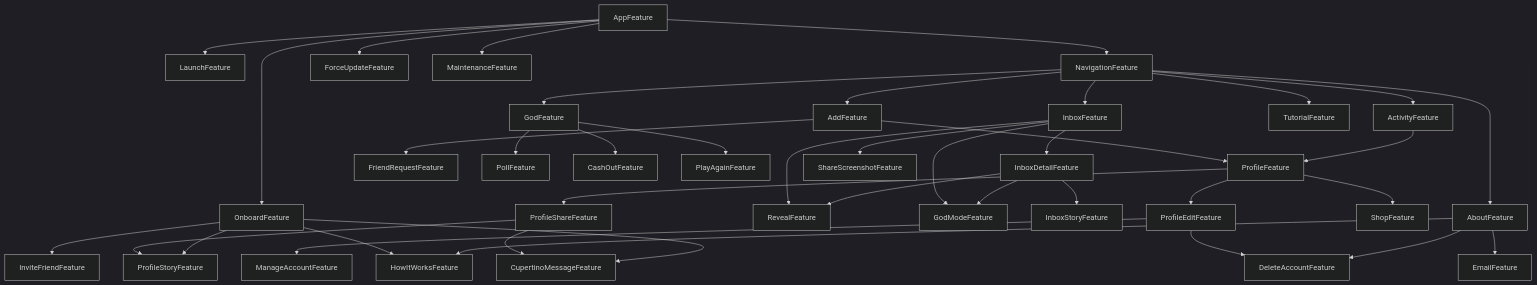
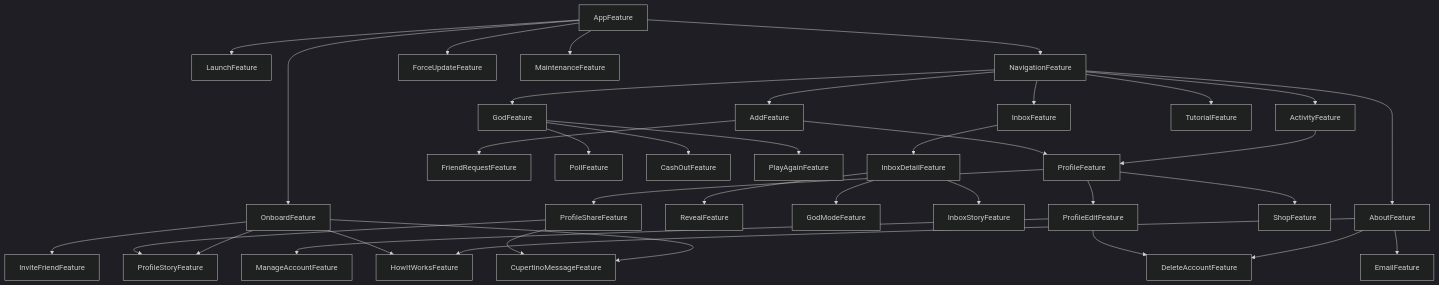
The diagram in Packages/GodPackage/README.md (0x1-company/god-ios), drawn with Mermaid (dark theme) before and after one commit. The commit also changed 1 other file, not shown here.

Commit message:
chore: 🤖 dgraph

````diff
--- a/Packages/GodPackage/README.md
+++ b/Packages/GodPackage/README.md
@@ -6,41 +6,38 @@
 ```mermaid
 graph TD;
     AboutFeature-->EmailFeature;
     AboutFeature-->HowItWorksFeature;
     AboutFeature-->DeleteAccountFeature;
     ActivityFeature-->ProfileFeature;
     AddFeature-->ProfileFeature;
     AddFeature-->FriendRequestFeature;
     AppFeature-->LaunchFeature;
     AppFeature-->OnboardFeature;
     AppFeature-->NavigationFeature;
     AppFeature-->ForceUpdateFeature;
     AppFeature-->MaintenanceFeature;
     GodFeature-->PollFeature;
     GodFeature-->CashOutFeature;
     GodFeature-->PlayAgainFeature;
     InboxDetailFeature-->RevealFeature;
     InboxDetailFeature-->GodModeFeature;
     InboxDetailFeature-->InboxStoryFeature;
-    InboxFeature-->RevealFeature;
-    InboxFeature-->GodModeFeature;
     InboxFeature-->InboxDetailFeature;
-    InboxFeature-->ShareScreenshotFeature;
     NavigationFeature-->AddFeature;
     NavigationFeature-->GodFeature;
     NavigationFeature-->InboxFeature;
     NavigationFeature-->AboutFeature;
     NavigationFeature-->ActivityFeature;
     NavigationFeature-->TutorialFeature;
     OnboardFeature-->HowItWorksFeature;
     OnboardFeature-->ProfileStoryFeature;
     OnboardFeature-->InviteFriendFeature;
     OnboardFeature-->CupertinoMessageFeature;
     ProfileEditFeature-->ManageAccountFeature;
     ProfileEditFeature-->DeleteAccountFeature;
     ProfileFeature-->ShopFeature;
     ProfileFeature-->ProfileEditFeature;
     ProfileFeature-->ProfileShareFeature;
     ProfileShareFeature-->ProfileStoryFeature;
     ProfileShareFeature-->CupertinoMessageFeature;
 ```
````
